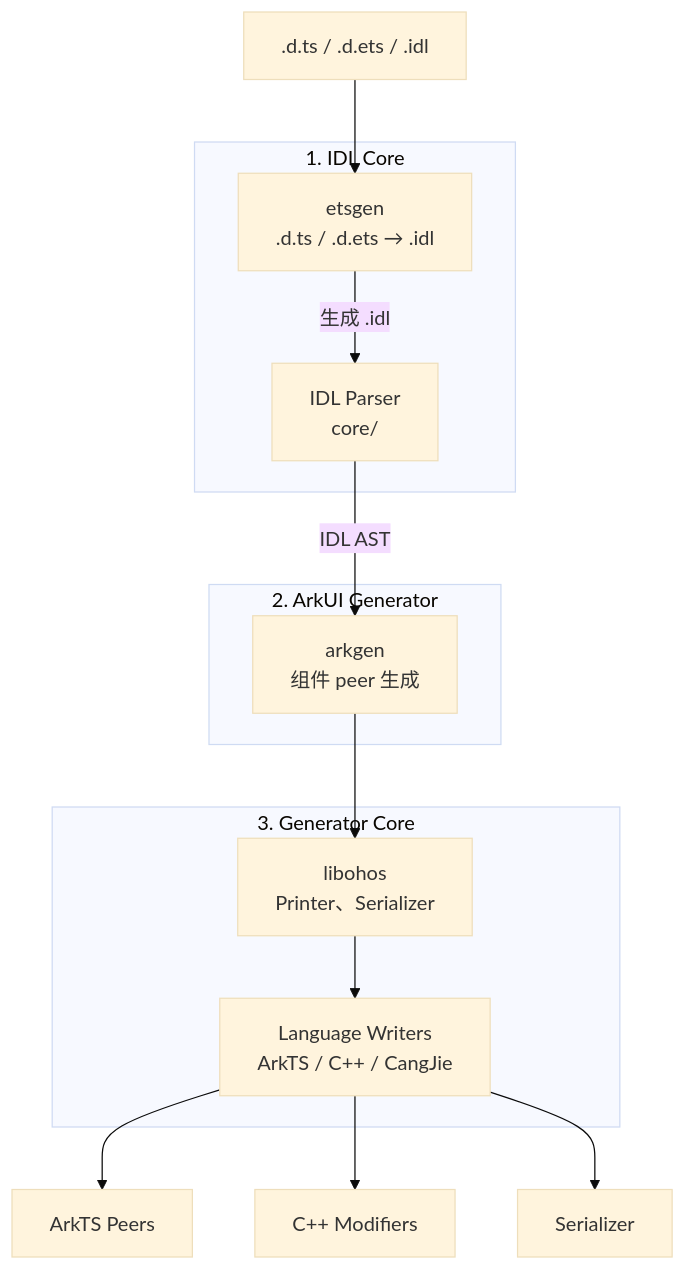
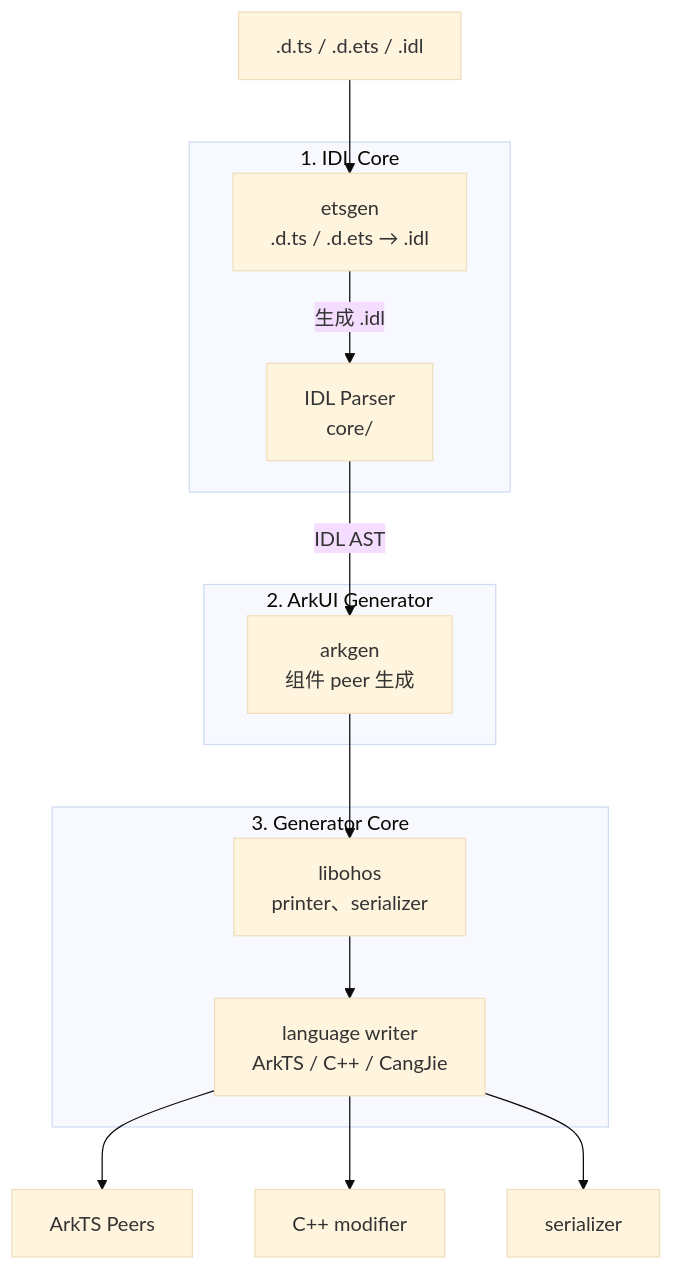
The diagram in README_zh.md (openharmony/arkui_idlize), drawn with Mermaid (base theme) before and after one commit. The commit also changed other lines of this file and 12 other files, not shown here.

````diff
--- a/README_zh.md
+++ b/README_zh.md
@@ -14,25 +14,25 @@
 ```mermaid
 graph TD
     subgraph "1. IDL Core"
         etsgen["etsgen<br/>.d.ts / .d.ets → .idl"]
         parser["IDL Parser<br/>core/"]
         etsgen -->|"生成 .idl"| parser
     end
 
     subgraph "2. ArkUI Generator"
         arkgen["arkgen<br/>组件 peer 生成"]
     end
 
     subgraph "3. Generator Core"
-        libohos["libohos<br/>Printer、Serializer"]
-        writer["Language Writers<br/>ArkTS / C++ / CangJie"]
+        libohos["libohos<br/>printer、serializer"]
+        writer["language writer<br/>ArkTS / C++ / CangJie"]
         libohos --> writer
     end
 
     input[".d.ts / .d.ets / .idl"] --> etsgen
     parser -->|"IDL AST"| arkgen
     arkgen --> libohos
     writer --> peers["ArkTS Peers"]
-    writer --> modifiers["C++ Modifiers"]
-    writer --> serializers["Serializer"]
+    writer --> modifiers["C++ modifier"]
+    writer --> serializers["serializer"]
 ```
````
